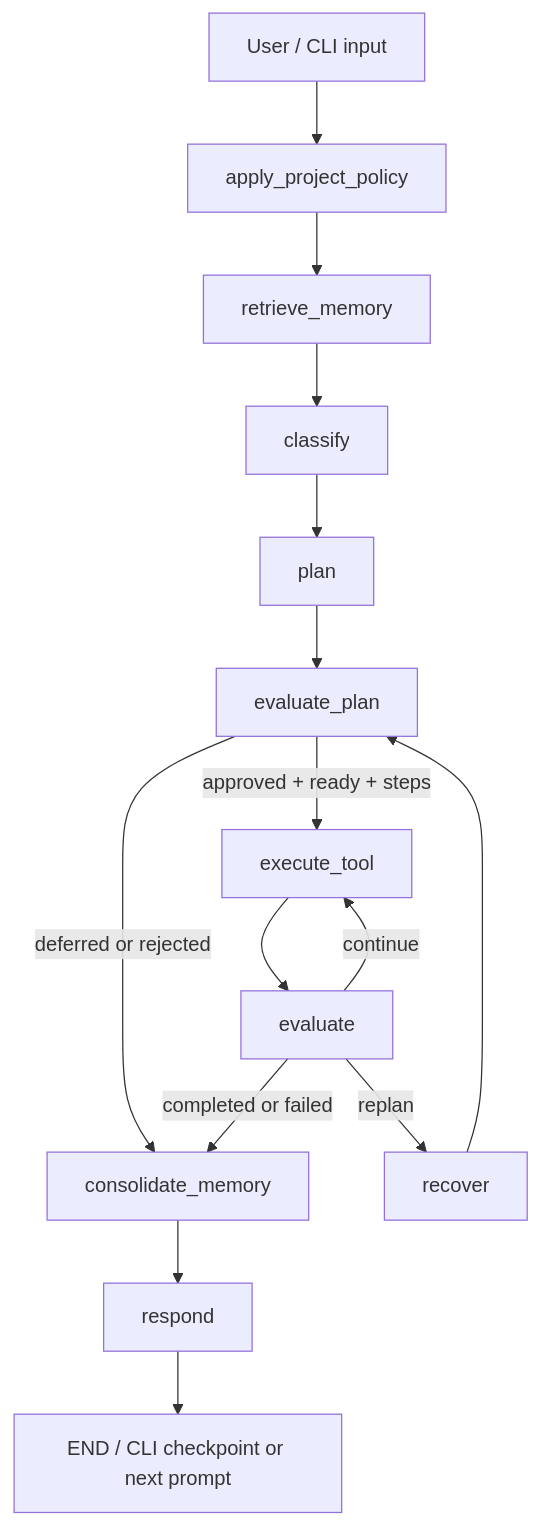
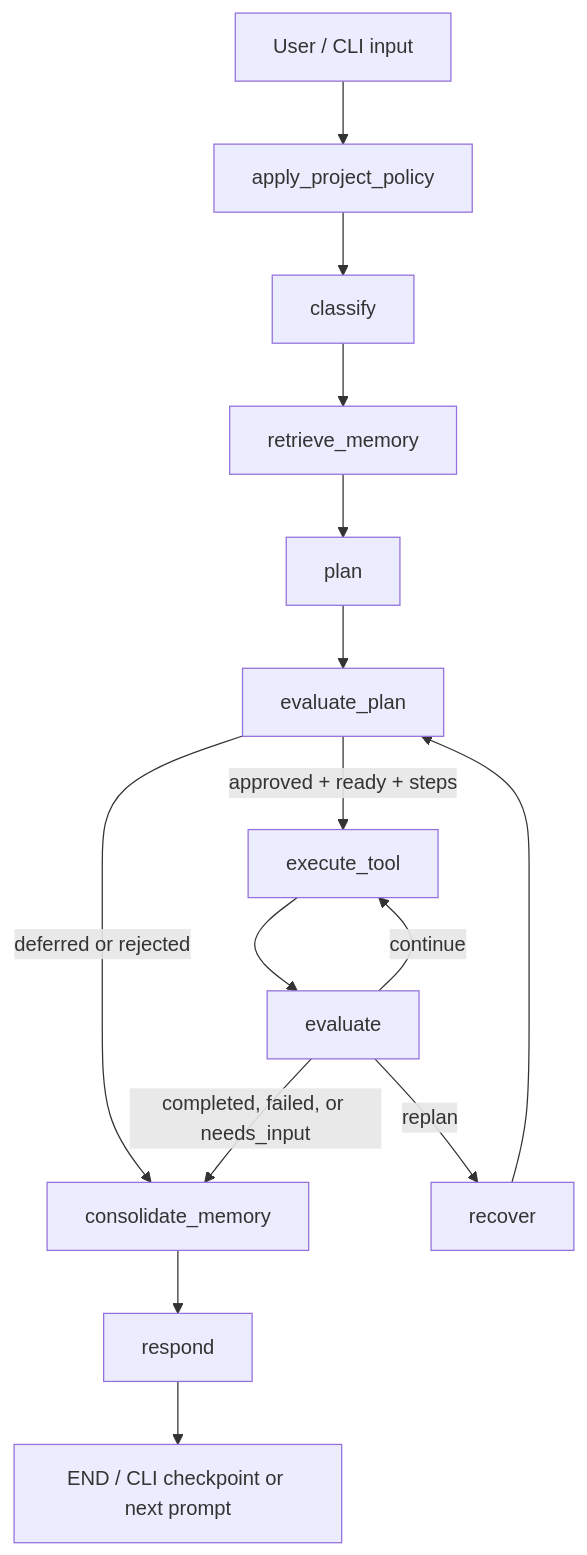
Before and after one commit to Tony90107/Netzoo-Agent: the diagram in NETZOO_HARNESS_ARCHITECTURE.md, drawn with Mermaid. The commit also changed other lines of this file and 27 other files, not shown here.

````diff
--- a/NETZOO_HARNESS_ARCHITECTURE.md
+++ b/NETZOO_HARNESS_ARCHITECTURE.md
@@ -158,20 +180,20 @@
 ```mermaid
 flowchart TD
     U["User / CLI input"] --> P["apply_project_policy"]
-    P --> M["retrieve_memory"]
-    M --> R["classify"]
-    R --> PL["plan"]
+    P --> R["classify"]
+    R --> M["retrieve_memory"]
+    M --> PL["plan"]
     PL --> PE["evaluate_plan"]
 
     PE -->|"approved + ready + steps"| EX["execute_tool"]
     PE -->|"deferred or rejected"| CM["consolidate_memory"]
 
     EX --> EV["evaluate"]
     EV -->|"continue"| EX
     EV -->|"replan"| RC["recover"]
     RC --> PE
-    EV -->|"completed or failed"| CM
+    EV -->|"completed, failed, or needs_input"| CM
 
     CM --> RESP["respond"]
     RESP --> E["END / CLI checkpoint or next prompt"]
 ```
````
